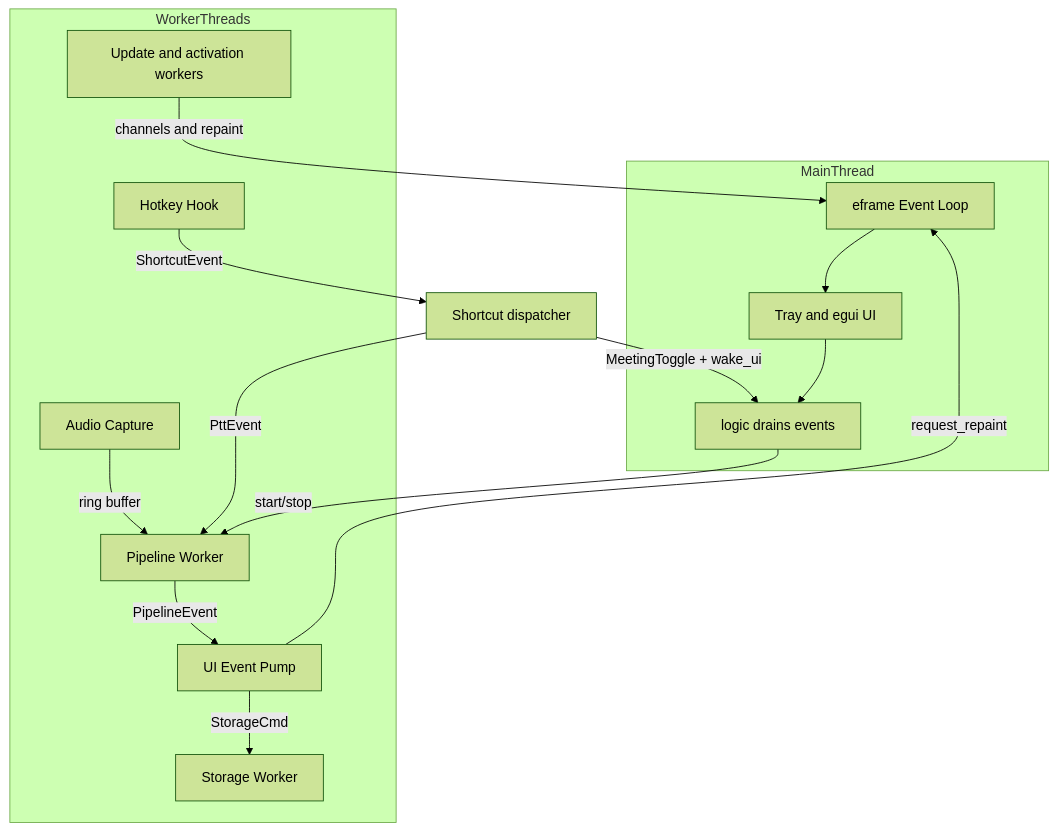
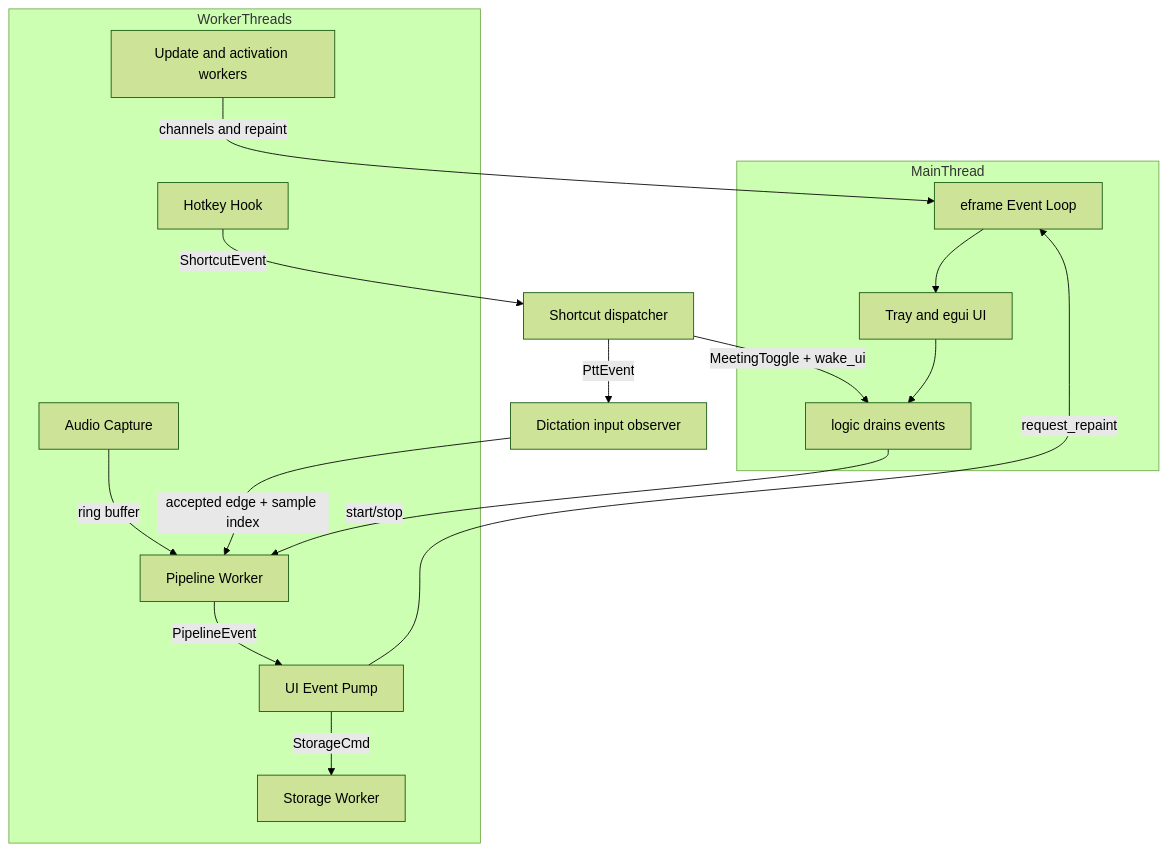
Before and after one commit to BoardPandas/Hark: the first of 3 diagrams in Docs/core/ARCHITECTURE.md, drawn with Mermaid (forest theme). The commit also changed other lines of this file and 52 other files, not shown here.

````diff
--- a/Docs/core/ARCHITECTURE.md
+++ b/Docs/core/ARCHITECTURE.md
@@ -50,24 +52,25 @@
 ```mermaid
 graph TD
     subgraph MainThread
         A["eframe Event Loop"] --> B["Tray and egui UI"]
         B --> C["logic drains events"]
     end
     subgraph WorkerThreads
         D["Audio Capture"]
         E["Hotkey Hook"]
         F["Pipeline Worker"]
         G["UI Event Pump"]
         H["Storage Worker"]
         I["Update and activation workers"]
     end
     C -->|"start/stop"| F
     D -->|"ring buffer"| F
     E -->|"ShortcutEvent"| J["Shortcut dispatcher"]
-    J -->|"PttEvent"| F
+    J -->|"PttEvent"| K["Dictation input observer"]
+    K -->|"accepted edge + sample index"| F
     J -->|"MeetingToggle + wake_ui"| C
     F -->|"PipelineEvent"| G
     G -->|"request_repaint"| A
     G -->|"StorageCmd"| H
     I -->|"channels and repaint"| A
 ```
````
